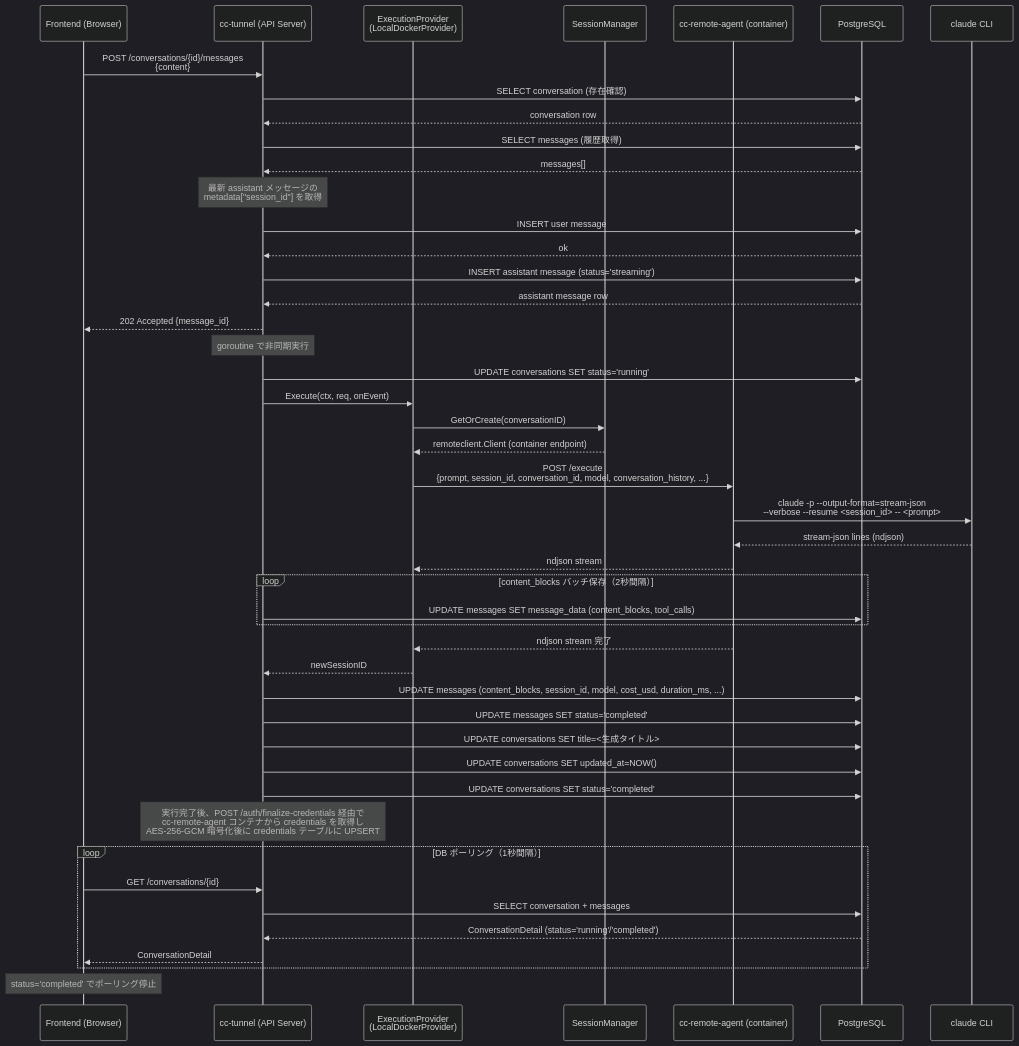
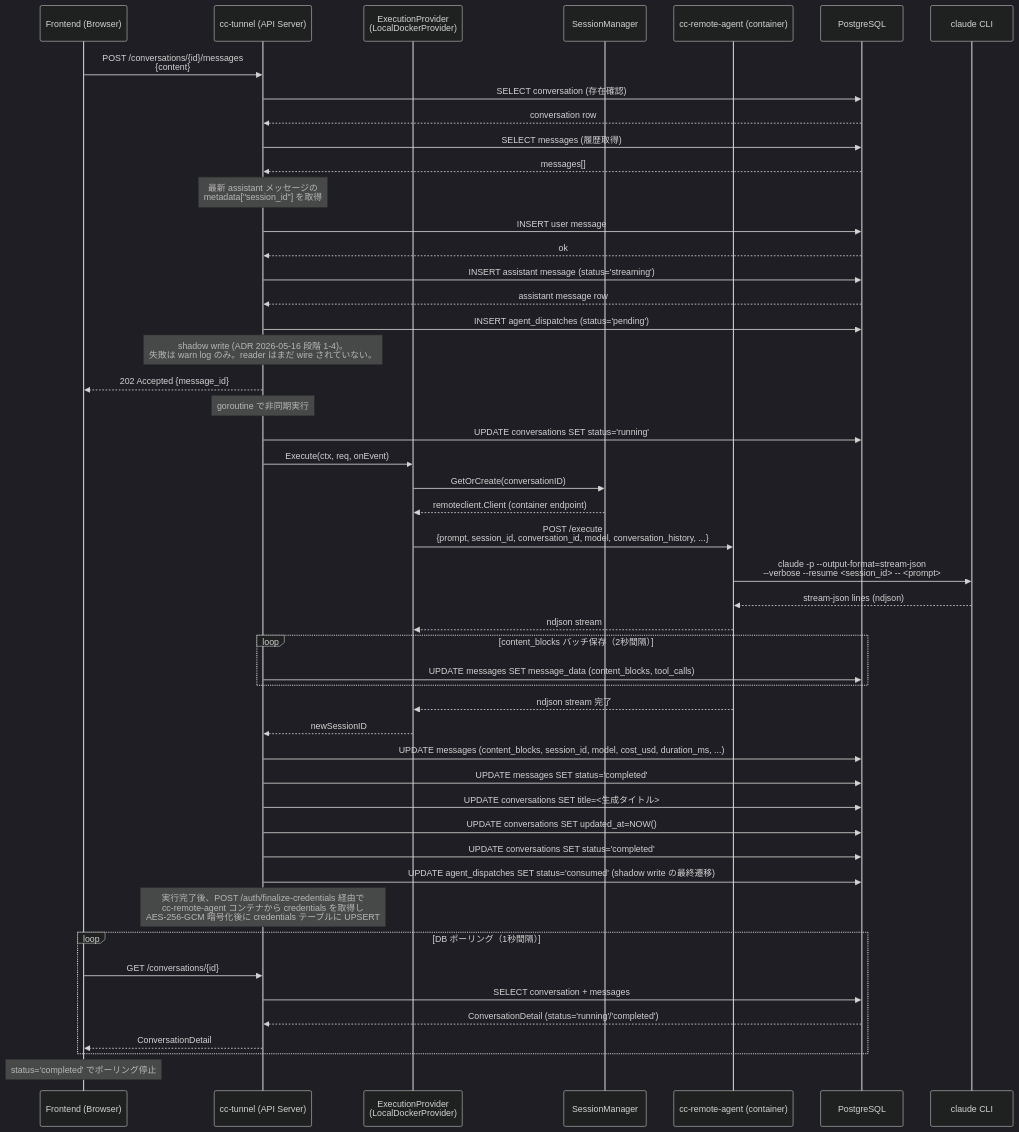
Before and after one commit to pollenjp/cc-tunnel: the second of 6 diagrams in docs/sequence.md, drawn with Mermaid (dark theme). The commit also changed other lines of this file and 12 other files, not shown here.

First line of the commit message:
docs: reflect ADR 2026-05-16 across docs/**/* and plantuml

````diff
--- a/docs/sequence.md
+++ b/docs/sequence.md
@@ -19,54 +19,57 @@
 ```mermaid
 sequenceDiagram
     participant F as Frontend (Browser)
     participant T as cc-tunnel (API Server)
     participant P as ExecutionProvider<br/>(LocalDockerProvider)
     participant SM as SessionManager
     participant A as cc-remote-agent (container)
     participant D as PostgreSQL
     participant C as claude CLI
 
     F->>T: POST /conversations/{id}/messages<br/>{content}
     T->>D: SELECT conversation (存在確認)
     D-->>T: conversation row
     T->>D: SELECT messages (履歴取得)
     D-->>T: messages[]
     Note over T: 最新 assistant メッセージの<br/>metadata["session_id"] を取得
     T->>D: INSERT user message
     D-->>T: ok
     T->>D: INSERT assistant message (status='streaming')
     D-->>T: assistant message row
+    T->>D: INSERT agent_dispatches (status='pending')
+    Note over T: shadow write (ADR 2026-05-16 段階 1-4)。<br/>失敗は warn log のみ。reader はまだ wire されていない。
     T-->>F: 202 Accepted {message_id}
 
     Note over T: goroutine で非同期実行
 
     T->>D: UPDATE conversations SET status='running'
     T->>P: Execute(ctx, req, onEvent)
     P->>SM: GetOrCreate(conversationID)
     SM-->>P: remoteclient.Client (container endpoint)
     P->>A: POST /execute<br/>{prompt, session_id, conversation_id, model, conversation_history, ...}
     A->>C: claude -p --output-format=stream-json<br/>--verbose --resume <session_id> -- <prompt>
     C-->>A: stream-json lines (ndjson)
     A-->>P: ndjson stream
 
     loop content_blocks バッチ保存（2秒間隔）
         T->>D: UPDATE messages SET message_data (content_blocks, tool_calls)
     end
 
     A-->>P: ndjson stream 完了
     P-->>T: newSessionID
     T->>D: UPDATE messages (content_blocks, session_id, model, cost_usd, duration_ms, ...)
     T->>D: UPDATE messages SET status='completed'
     T->>D: UPDATE conversations SET title=<生成タイトル>
     T->>D: UPDATE conversations SET updated_at=NOW()
     T->>D: UPDATE conversations SET status='completed'
+    T->>D: UPDATE agent_dispatches SET status='consumed' (shadow write の最終遷移)
     Note over T: 実行完了後、POST /auth/finalize-credentials 経由で<br/>cc-remote-agent コンテナから credentials を取得し<br/>AES-256-GCM 暗号化後に credentials テーブルに UPSERT
 
     loop DB ポーリング（1秒間隔）
         F->>T: GET /conversations/{id}
         T->>D: SELECT conversation + messages
         D-->>T: ConversationDetail (status='running'/'completed')
         T-->>F: ConversationDetail
     end
     Note over F: status='completed' でポーリング停止
 ```
````
